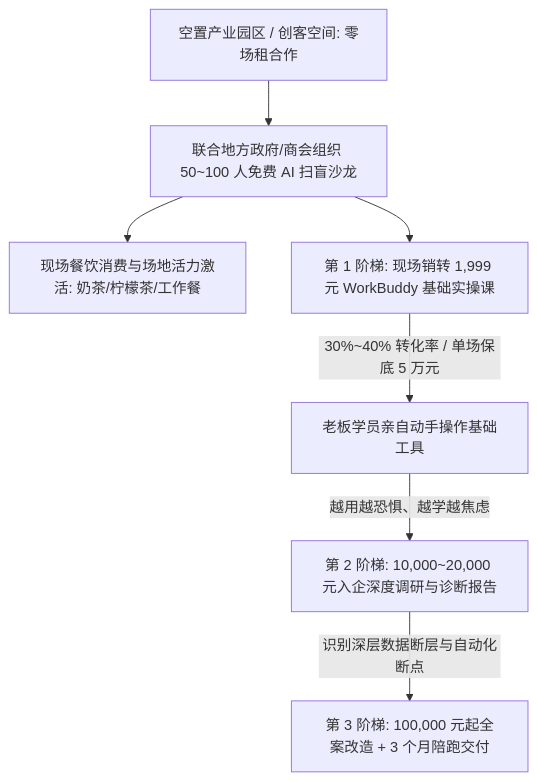
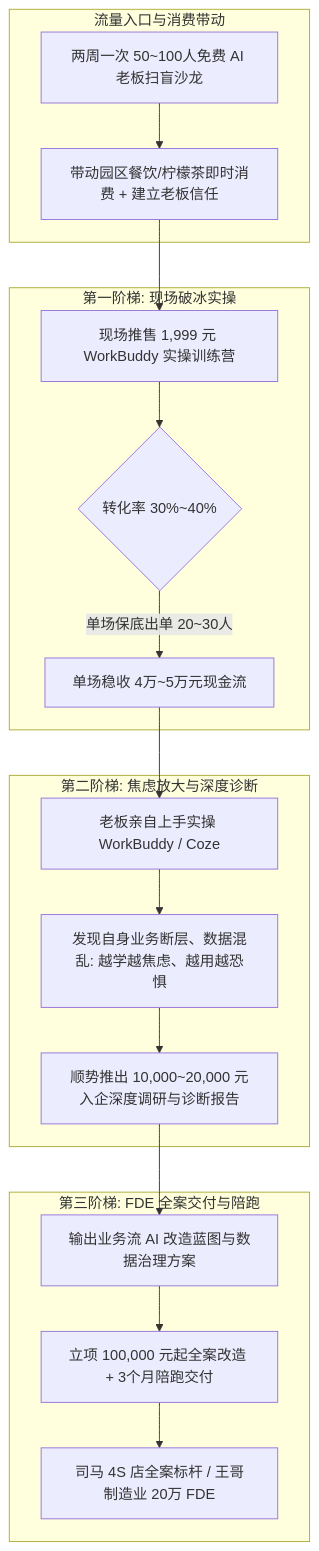
One commit to dollarser/knowledge changed the second of 8 diagrams in content/live-20261109-daowen-01.md. Above: the diagram before and after it, drawn with Mermaid. The commit also changed other lines of this file and 4 other files, not shown here.

````diff
--- a/content/live-20261109-daowen-01.md
+++ b/content/live-20261109-daowen-01.md
@@ -23,9 +99,24 @@
 ```mermaid
 flowchart TD
-    A[空置产业园区 / 创客空间: 零场租合作] --> B[联合地方政府/商会组织 50~100 人免费 AI 扫盲沙龙]
-    B --> C[现场餐饮消费与场地活力激活: 奶茶/柠檬茶/工作餐]
-    B --> D[第 1 阶梯: 现场销转 1,999 元 WorkBuddy 基础实操课]
-    D -->|30%~40% 转化率 / 单场保底 5 万元| E[老板学员亲自动手操作基础工具]
-    E -->|越用越恐惧、越学越焦虑| F[第 2 阶梯: 10,000~20,000 元入企深度调研与诊断报告]
-    F -->|识别深层数据断层与自动化断点| G[第 3 阶梯: 100,000 元起全案改造 + 3 个月陪跑交付]
+    subgraph 流量入口与消费带动
+        A[两周一次 50~100人免费 AI 老板扫盲沙龙] --> B[带动园区餐饮/柠檬茶即时消费 + 建立老板信任]
+    end
+
+    subgraph 第一阶梯: 现场破冰实操
+        B --> C[现场推售 1,999 元 WorkBuddy 实操训练营]
+        C --> D{转化率 30%~40%}
+        D -->|单场保底出单 20~30人| E[单场稳收 4万~5万元现金流]
+    end
+
+    subgraph 第二阶梯: 焦虑放大与深度诊断
+        E --> F[老板亲自上手实操 WorkBuddy / Coze]
+        F --> G[发现自身业务断层、数据混乱: 越学越焦虑、越用越恐惧]
+        G --> H[顺势推出 10,000~20,000 元入企深度调研与诊断报告]
+    end
+
+    subgraph 第三阶梯: FDE 全案交付与陪跑
+        H --> I[输出业务流 AI 改造蓝图与数据治理方案]
+        I --> J[立项 100,000 元起全案改造 + 3个月陪跑交付]
+        J --> K[司马 4S 店全案标杆 / 王哥制造业 20万 FDE]
+    end
 ```
````
